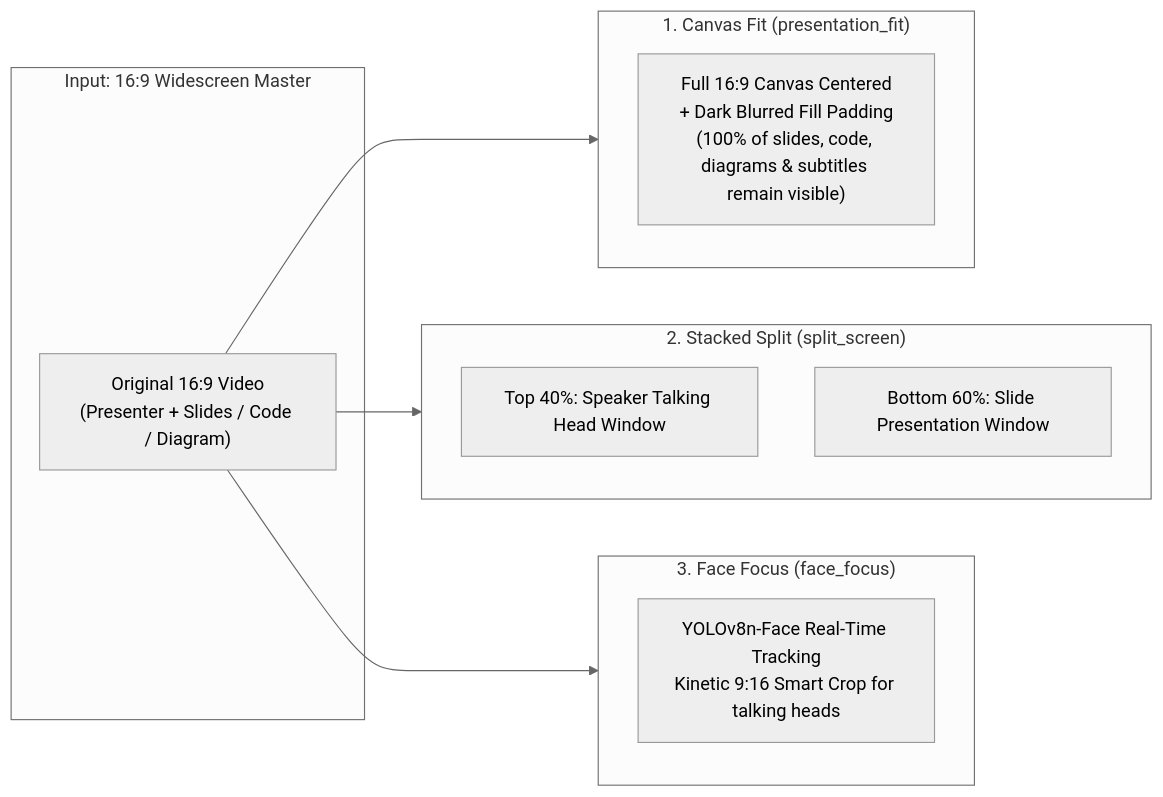
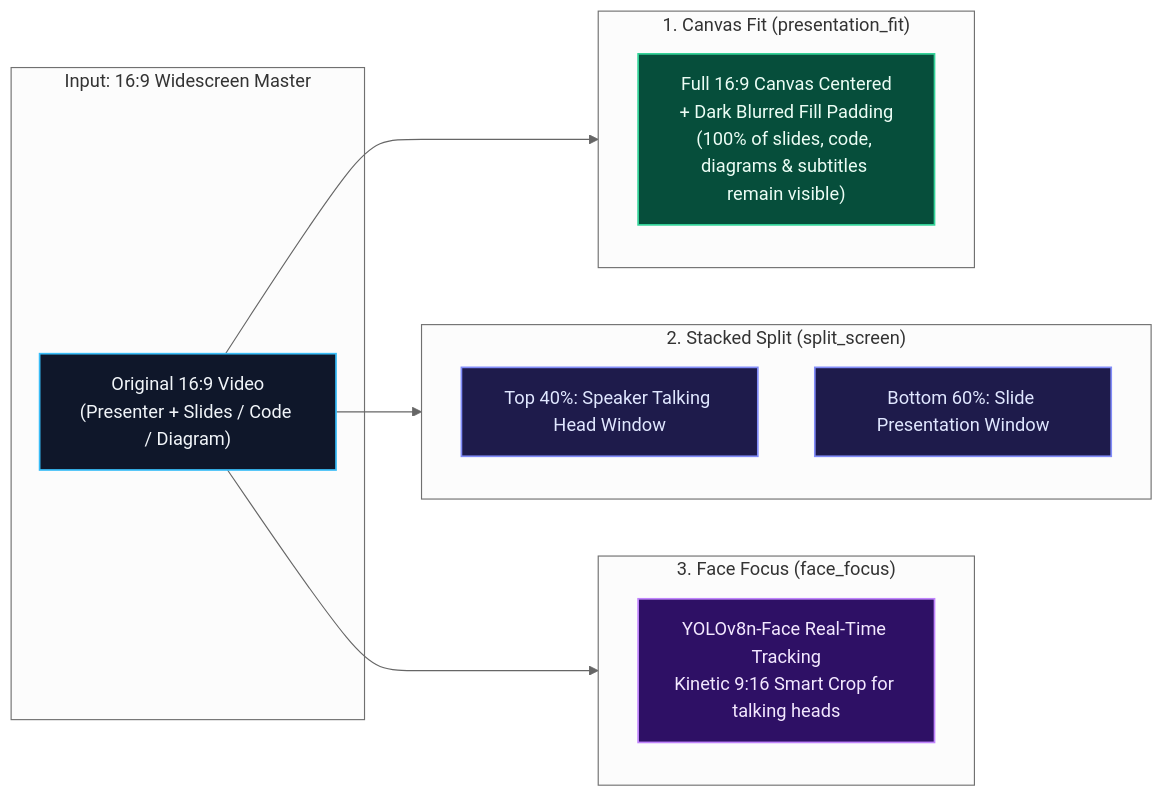
The seventh of 9 diagrams in README.md (DivyamJoshi2005/Alfred), drawn with Mermaid (neutral theme) before and after one commit. The commit also changed other lines of this file and 1 other file, not shown here.

Commit message:
docs: add minimal, vibrant slate & neon accent styling to all Mermaid architecture diagrams

````diff
--- a/README.md
+++ b/README.md
@@ -420,23 +453,28 @@
 ```mermaid
 flowchart LR
+    classDef master fill:#0f172a,stroke:#38bdf8,stroke-width:1.5px,color:#f1f5f9;
+    classDef fit fill:#064e3b,stroke:#34d399,stroke-width:1.5px,color:#ecfdf5;
+    classDef split fill:#1e1b4b,stroke:#818cf8,stroke-width:1.5px,color:#e0e7ff;
+    classDef face fill:#2e1065,stroke:#c084fc,stroke-width:1.5px,color:#f3e8ff;
+
     subgraph MasterInput ["Input: 16:9 Widescreen Master"]
-        Input169["Original 16:9 Video\n(Presenter + Slides / Code / Diagram)"]
+        Input169["Original 16:9 Video\n(Presenter + Slides / Code / Diagram)"]:::master
     end
 
     subgraph CanvasFit ["1. Canvas Fit (presentation_fit)"]
-        FitDesc["Full 16:9 Canvas Centered\n+ Dark Blurred Fill Padding\n(100% of slides, code, diagrams & subtitles remain visible)"]
+        FitDesc["Full 16:9 Canvas Centered\n+ Dark Blurred Fill Padding\n(100% of slides, code, diagrams & subtitles remain visible)"]:::fit
     end
 
     subgraph StackedSplit ["2. Stacked Split (split_screen)"]
-        SplitTop["Top 40%: Speaker Talking Head Window"]
-        SplitBottom["Bottom 60%: Slide Presentation Window"]
+        SplitTop["Top 40%: Speaker Talking Head Window"]:::split
+        SplitBottom["Bottom 60%: Slide Presentation Window"]:::split
     end
 
     subgraph FaceFocus ["3. Face Focus (face_focus)"]
-        CropDesc["YOLOv8n-Face Real-Time Tracking\nKinetic 9:16 Smart Crop for talking heads"]
+        CropDesc["YOLOv8n-Face Real-Time Tracking\nKinetic 9:16 Smart Crop for talking heads"]:::face
     end
 
     Input169 --> CanvasFit
     Input169 --> StackedSplit
     Input169 --> FaceFocus
 ```
````
